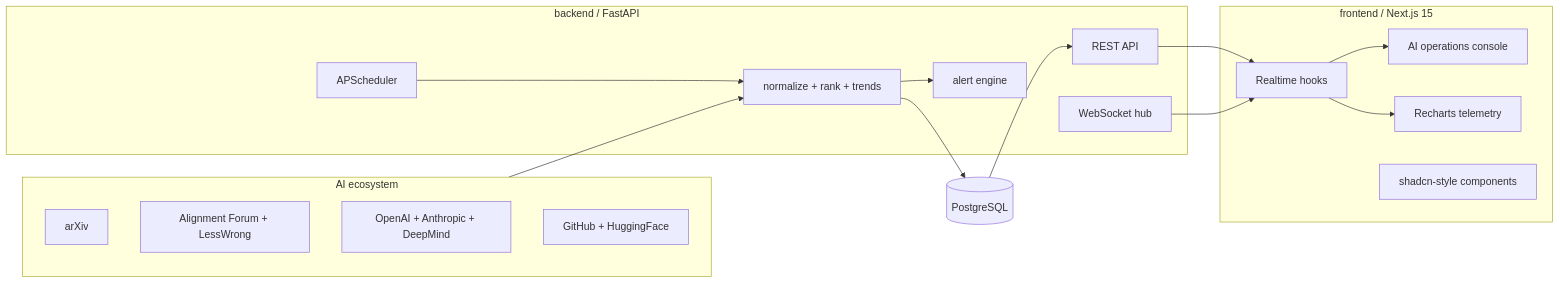
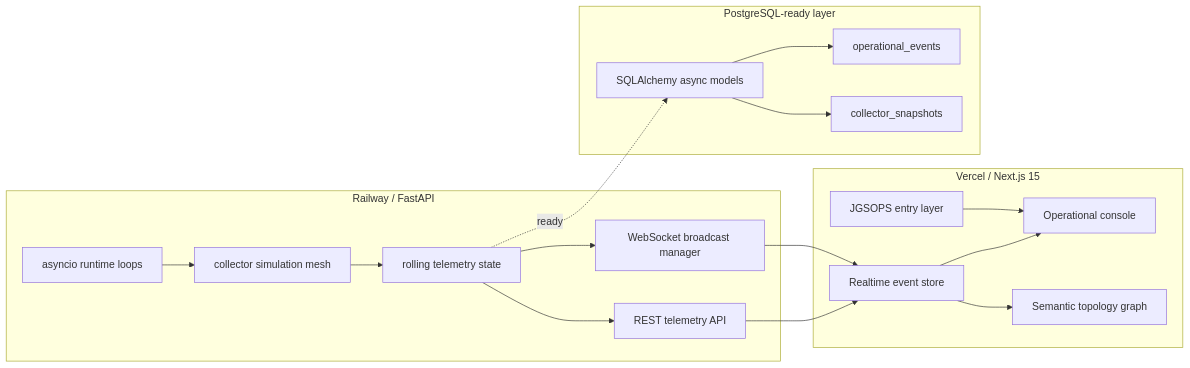
One commit to jgs/signalwatch changed the diagram in README.md. Above: the diagram before and after it, drawn with Mermaid. The commit also changed other lines of this file and 3 other files, not shown here.

````diff
--- a/README.md
+++ b/README.md
@@ -31,34 +62,36 @@
 ```mermaid
 flowchart LR
-    subgraph Frontend["frontend / Next.js 15"]
-        Console[AI operations console]
-        Hooks[Realtime hooks]
-        Charts[Recharts telemetry]
-        UI[shadcn-style components]
+    subgraph Console["Vercel / Next.js 15"]
+        Landing["JGSOPS entry layer"]
+        Surface["Operational console"]
+        Hook["Realtime event store"]
+        Topology["Semantic topology graph"]
     end
 
-    subgraph Backend["backend / FastAPI"]
-        API[REST API]
-        WS[WebSocket hub]
-        Scheduler[APScheduler]
-        Pipeline[normalize + rank + trends]
-        Alerts[alert engine]
+    subgraph Runtime["Railway / FastAPI"]
+        API["REST telemetry API"]
+        WS["WebSocket broadcast manager"]
+        Tasks["asyncio runtime loops"]
+        Sim["collector simulation mesh"]
+        State["rolling telemetry state"]
     end
 
-    subgraph Sources["AI ecosystem"]
-        Arxiv[arXiv]
-        Forums[Alignment Forum + LessWrong]
-        Labs[OpenAI + Anthropic + DeepMind]
-        OpenSource[GitHub + HuggingFace]
+    subgraph Storage["PostgreSQL-ready layer"]
+        ORM["SQLAlchemy async models"]
+        Events["operational_events"]
+        Collectors["collector_snapshots"]
     end
 
-    Sources --> Pipeline
-    Scheduler --> Pipeline
-    Pipeline --> Postgres[(PostgreSQL)]
-    Pipeline --> Alerts
-    Postgres --> API
-    API --> Hooks
-    WS --> Hooks
-    Hooks --> Console
-    Hooks --> Charts
+    Landing --> Surface
+    WS --> Hook
+    API --> Hook
+    Hook --> Surface
+    Hook --> Topology
+    Tasks --> Sim
+    Sim --> State
+    State --> API
+    State --> WS
+    State -. ready .-> ORM
+    ORM --> Events
+    ORM --> Collectors
 ```
````
